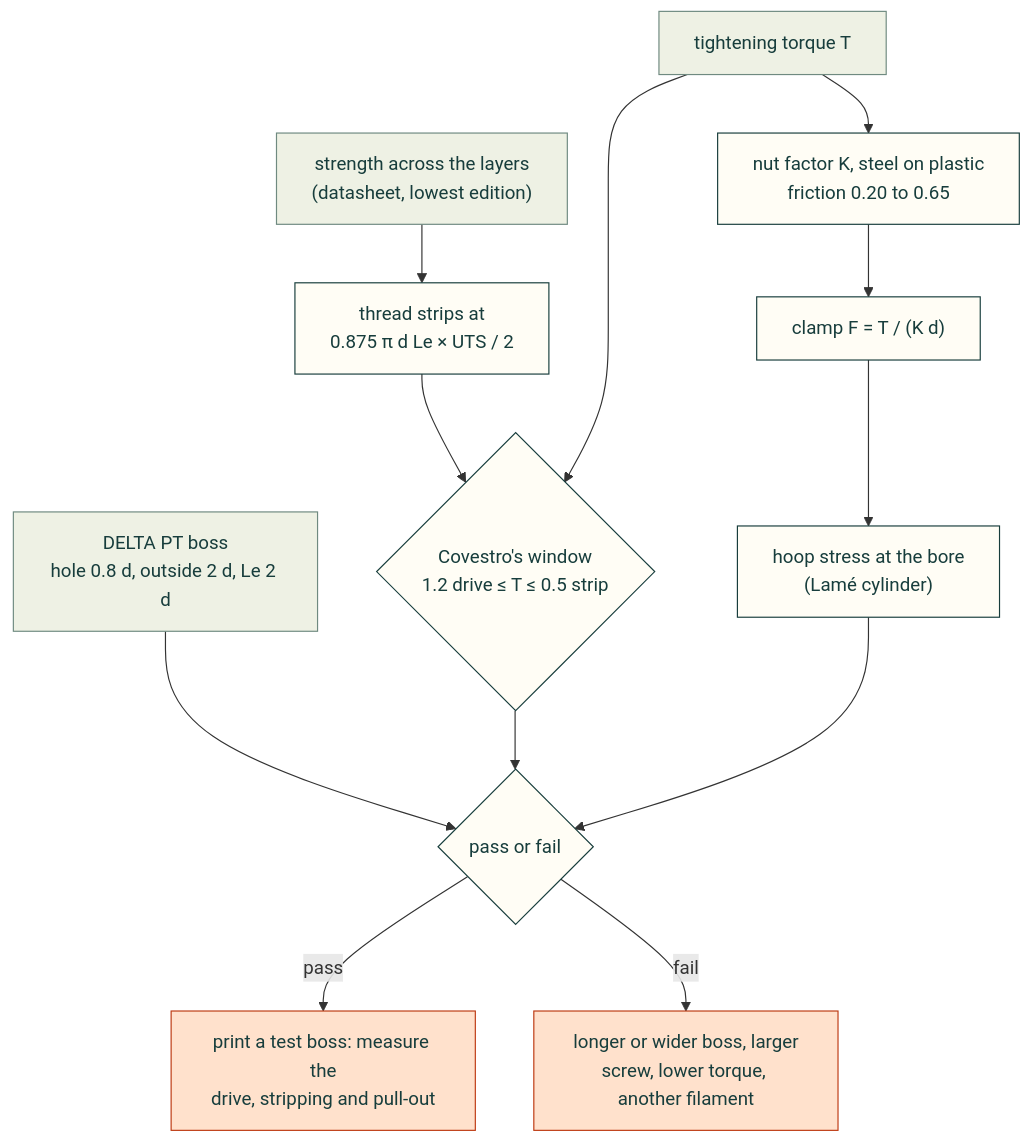
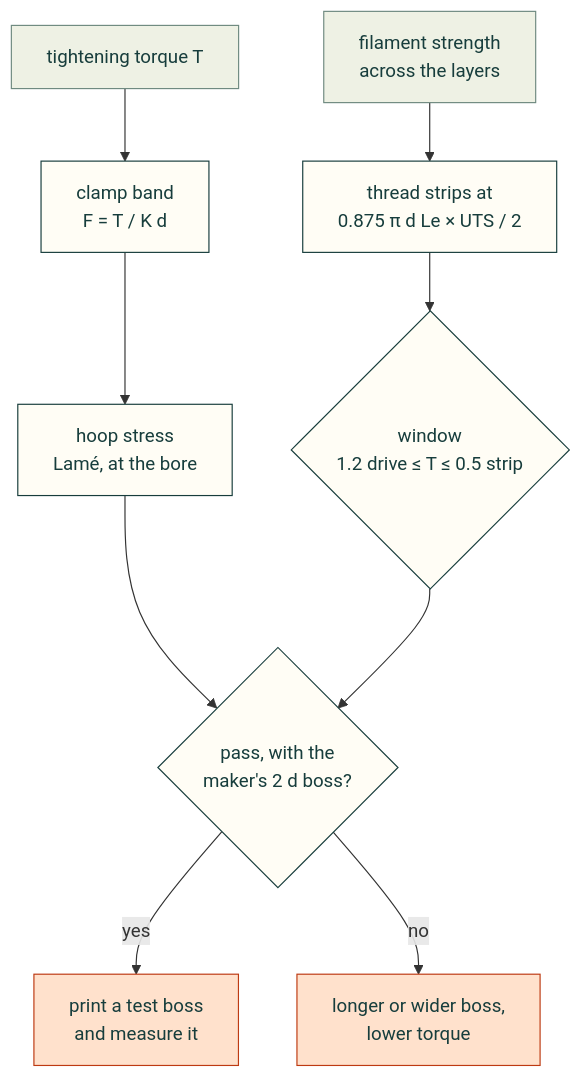
The diagram in docs/screw-bosses.md (Valpatel/cad-agent), drawn with Mermaid before and after one commit. The commit also changed other lines of this file and 1 other file, not shown here.

Commit message:
Browser checks for the two explorers; keep the boss page's diagram and text in bounds (#161)
tests/website-browser.mjs drives both explorers in Chrome and WebKit: vectors in
the engine, no layout shift, the live figure is the still, no panel overflow,
labels, keyboard, held radio presses, contrast in light and dark, the status
line. The boss page's diagram is narrower, follows its text, and the sources
fold into <details>, so no stretch passes the wall-of-text limit.

````diff
--- a/docs/screw-bosses.md
+++ b/docs/screw-bosses.md
@@ -37,20 +47,17 @@
 ```mermaid
 flowchart TD
-    T["tightening torque T"] --> K["nut factor K, steel on plastic<br/>friction 0.20 to 0.65"]
-    K --> F["clamp F = T / (K d)"]
-    S["strength across the layers<br/>(datasheet, lowest edition)"] --> X["thread strips at<br/>0.875 π d Le × UTS / 2"]
-    X --> W{"Covestro's window<br/>1.2 drive ≤ T ≤ 0.5 strip"}
-    F --> H["hoop stress at the bore<br/>(Lamé cylinder)"]
-    T --> W
-    D["DELTA PT boss<br/>hole 0.8 d, outside 2 d, Le 2 d"] --> G{"pass or fail"}
+    T["tightening torque T"] --> F["clamp band<br/>F = T / K d"]
+    S["filament strength<br/>across the layers"] --> X["thread strips at<br/>0.875 π d Le × UTS / 2"]
+    F --> H["hoop stress<br/>Lamé, at the bore"]
+    X --> W{"window<br/>1.2 drive ≤ T ≤ 0.5 strip"}
+    H --> G{"pass, with the<br/>maker's 2 d boss?"}
     W --> G
-    H --> G
-    G -->|"pass"| P["print a test boss: measure the<br/>drive, stripping and pull-out"]
-    G -->|"fail"| B["longer or wider boss, larger<br/>screw, lower torque, another filament"]
+    G -->|"yes"| P["print a test boss<br/>and measure it"]
+    G -->|"no"| B["longer or wider boss,<br/>lower torque"]
     classDef here fill:#fffdf5,stroke:#173d3c,color:#173d3c
     classDef near fill:#eef1e4,stroke:#6f8a80,color:#173d3c
     classDef out fill:#ffe1cc,stroke:#bd3a12,color:#173d3c
-    class K,F,X,W,H,G here
-    class T,S,D near
+    class F,X,H,W,G here
+    class T,S near
     class P,B out
 ```
````
